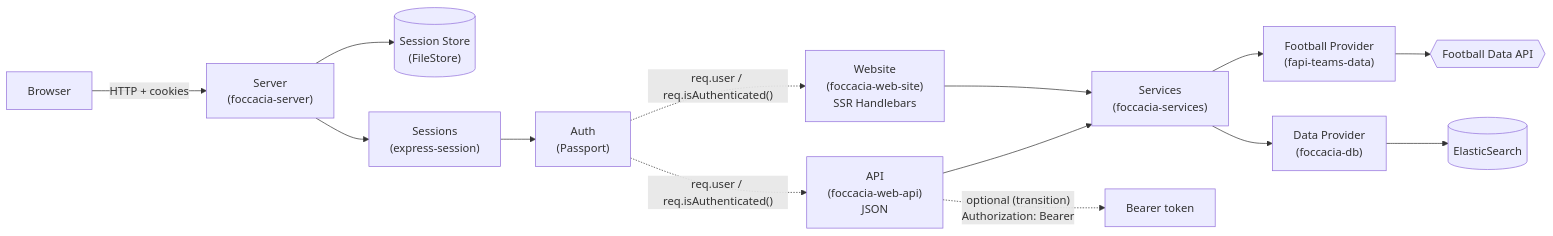
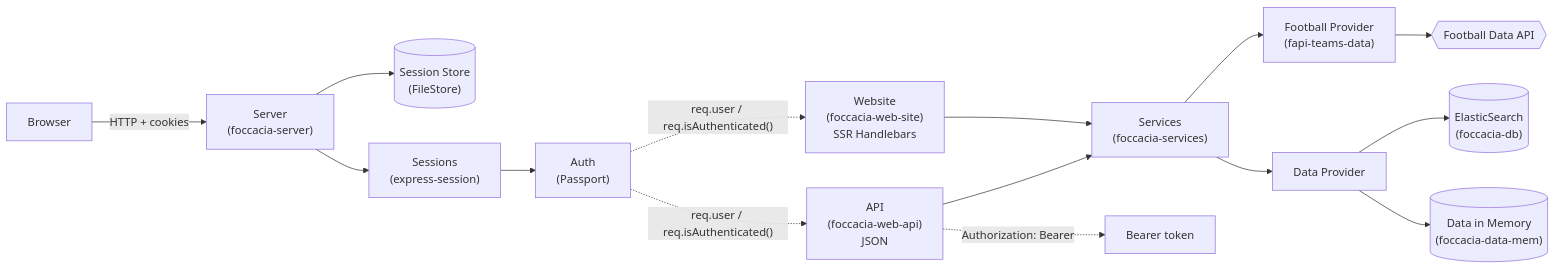
One commit to diniscorreiaa/foccacia changed the first of 2 diagrams in README.md. Above: the diagram before and after it, drawn with Mermaid. The commit also changed other lines of this file and 1 other file, not shown here.

Commit message:
update: mermaid arquitectura

````diff
--- a/README.md
+++ b/README.md
@@ -169,24 +169,25 @@
 ```mermaid
 
 flowchart LR
     browser["Browser"] -->|"HTTP + cookies"| server["Server\n(foccacia-server)"]
 
     server --> store[("Session Store\n(FileStore)")]
     server --> session["Sessions\n(express-session)"]
     session --> passport["Auth\n(Passport)"]
 
     passport -. "req.user / req.isAuthenticated()" .-> site["Website\n(foccacia-web-site)\nSSR Handlebars"]
     passport -. "req.user / req.isAuthenticated()" .-> api["API\n(foccacia-web-api)\nJSON"]
 
     site --> services["Services\n(foccacia-services)"]
     api --> services
 
     services --> fapi["Football Provider\n(fapi-teams-data)"]
-    services --> db["Data Provider\n(foccacia-db)"]
+    services --> db["Data Provider\n"]
 
     fapi --> football{{"Football Data API"}}
-    db --> elastic[("ElasticSearch")]
+    db --> elastic[("ElasticSearch\n(foccacia-db)")]
+    db --> mem[("Data in Memory\n(foccacia-data-mem)")]
 
-    api -. "optional (transition)\nAuthorization: Bearer" .-> bearer["Bearer token"]
+    api -. "Authorization: Bearer" .-> bearer["Bearer token"]
 
 ```
````
